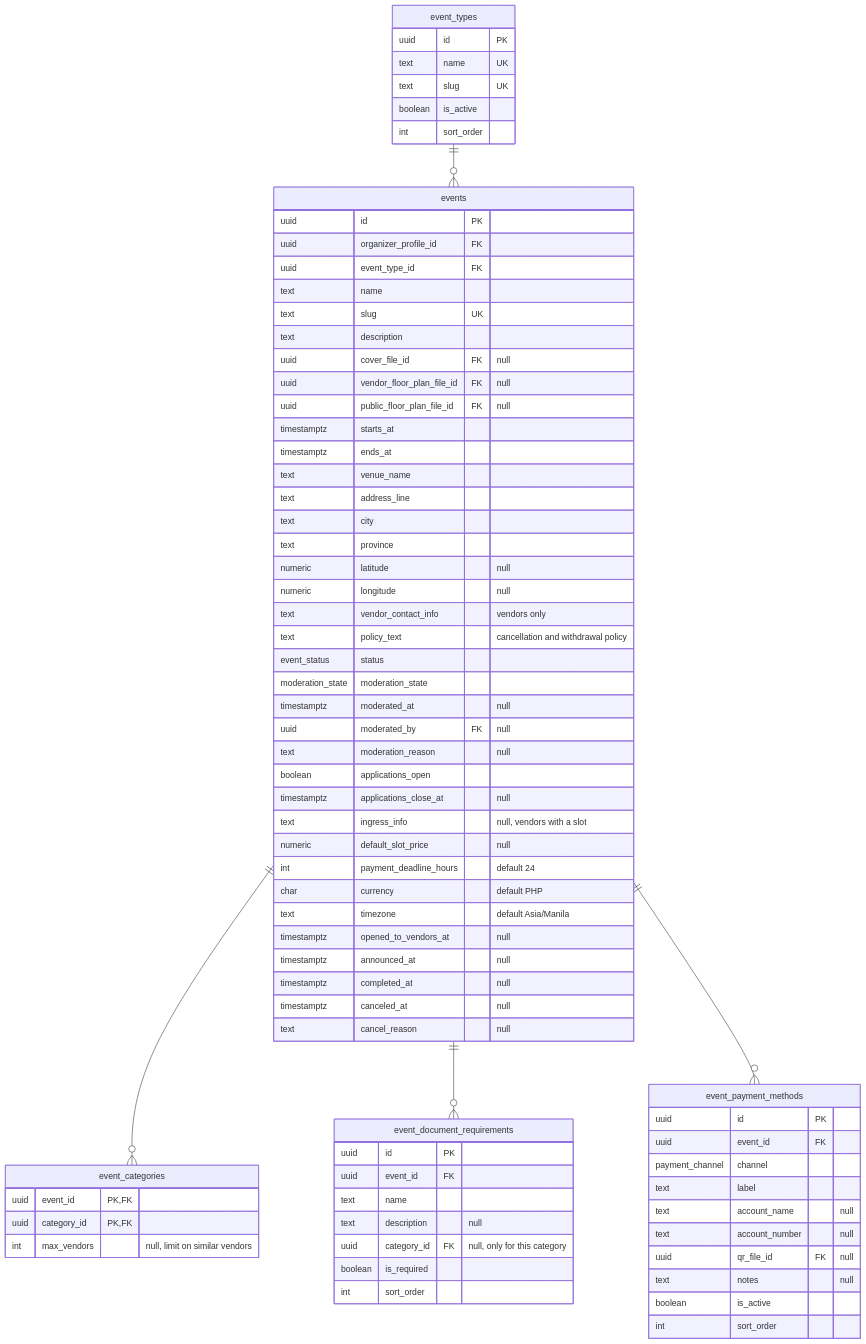
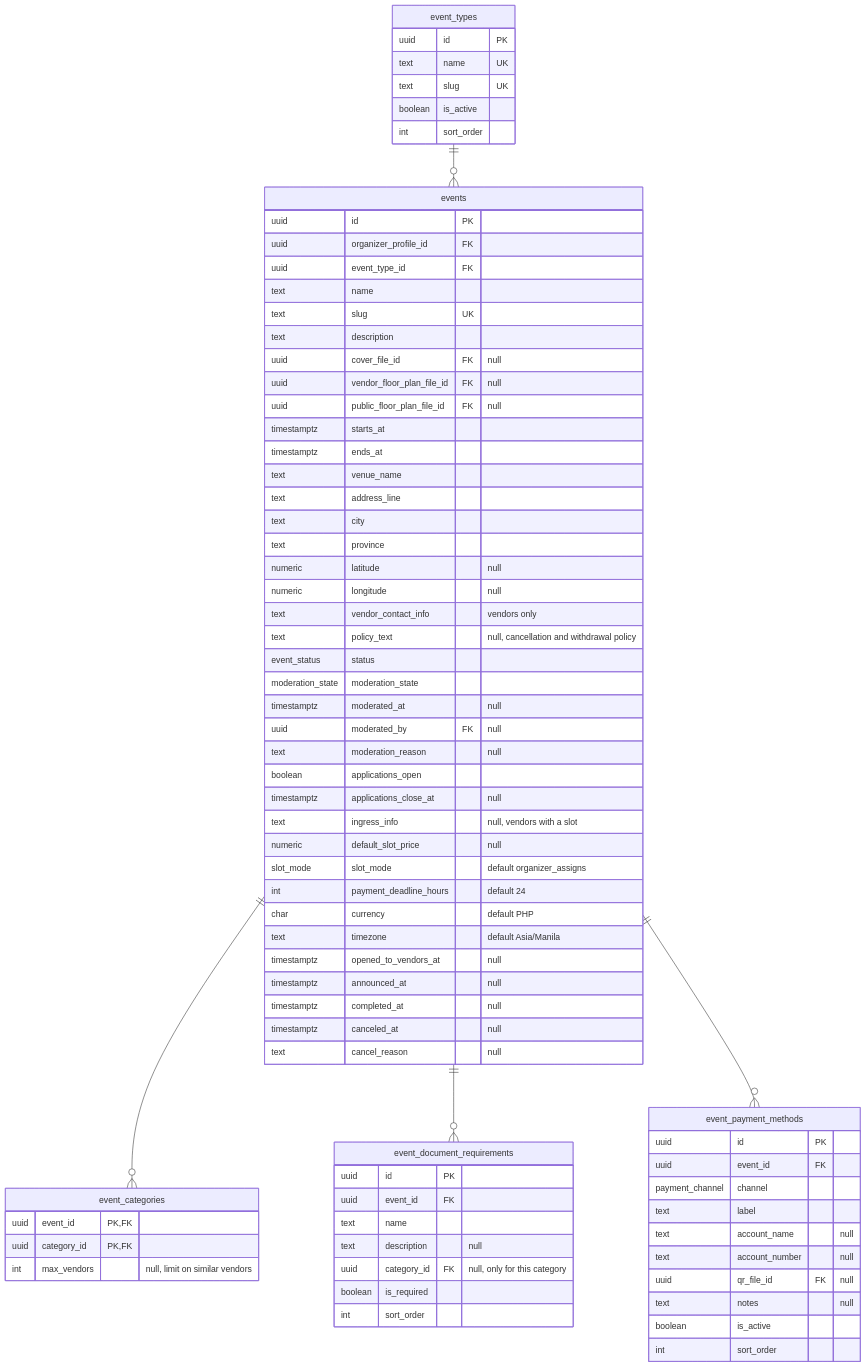
One commit to Aycees/Creavent changed the fourth of 6 diagrams in docs/data-model.md. Above: the diagram before and after it, drawn with Mermaid. The commit also changed other lines of this file and 10 other files, not shown here.

First line of the commit message:
Add preferred slots, slot sections, and policy prefill to the docs

````diff
--- a/docs/data-model.md
+++ b/docs/data-model.md
@@ -358,78 +360,79 @@
 ```mermaid
 erDiagram
     event_types {
         uuid id PK
         text name UK
         text slug UK
         boolean is_active
         int sort_order
     }
     events {
         uuid id PK
         uuid organizer_profile_id FK
         uuid event_type_id FK
         text name
         text slug UK
         text description
         uuid cover_file_id FK "null"
         uuid vendor_floor_plan_file_id FK "null"
         uuid public_floor_plan_file_id FK "null"
         timestamptz starts_at
         timestamptz ends_at
         text venue_name
         text address_line
         text city
         text province
         numeric latitude "null"
         numeric longitude "null"
         text vendor_contact_info "vendors only"
-        text policy_text "cancellation and withdrawal policy"
+        text policy_text "null, cancellation and withdrawal policy"
         event_status status
         moderation_state moderation_state
         timestamptz moderated_at "null"
         uuid moderated_by FK "null"
         text moderation_reason "null"
         boolean applications_open
         timestamptz applications_close_at "null"
         text ingress_info "null, vendors with a slot"
         numeric default_slot_price "null"
+        slot_mode slot_mode "default organizer_assigns"
         int payment_deadline_hours "default 24"
         char currency "default PHP"
         text timezone "default Asia/Manila"
         timestamptz opened_to_vendors_at "null"
         timestamptz announced_at "null"
         timestamptz completed_at "null"
         timestamptz canceled_at "null"
         text cancel_reason "null"
     }
     event_categories {
         uuid event_id PK,FK
         uuid category_id PK,FK
         int max_vendors "null, limit on similar vendors"
     }
     event_document_requirements {
         uuid id PK
         uuid event_id FK
         text name
         text description "null"
         uuid category_id FK "null, only for this category"
         boolean is_required
         int sort_order
     }
     event_payment_methods {
         uuid id PK
         uuid event_id FK
         payment_channel channel
         text label
         text account_name "null"
         text account_number "null"
         uuid qr_file_id FK "null"
         text notes "null"
         boolean is_active
         int sort_order
     }
     event_types ||--o{ events : ""
     events ||--o{ event_categories : ""
     events ||--o{ event_document_requirements : ""
     events ||--o{ event_payment_methods : ""
 ```
````
